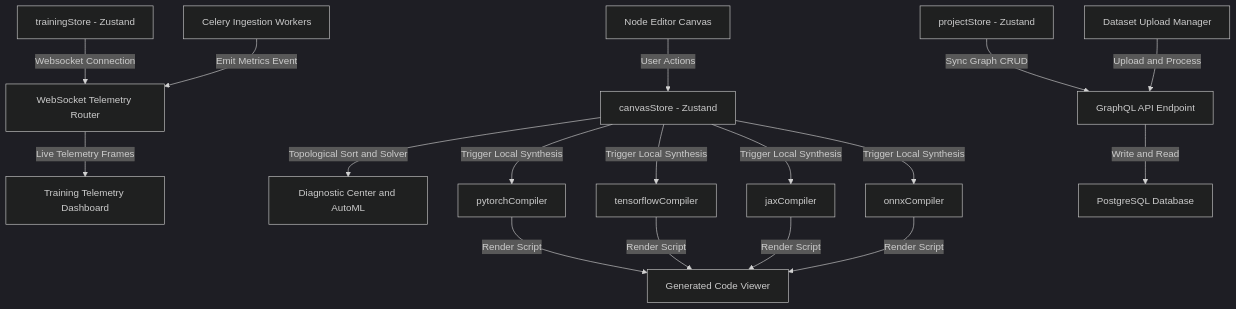
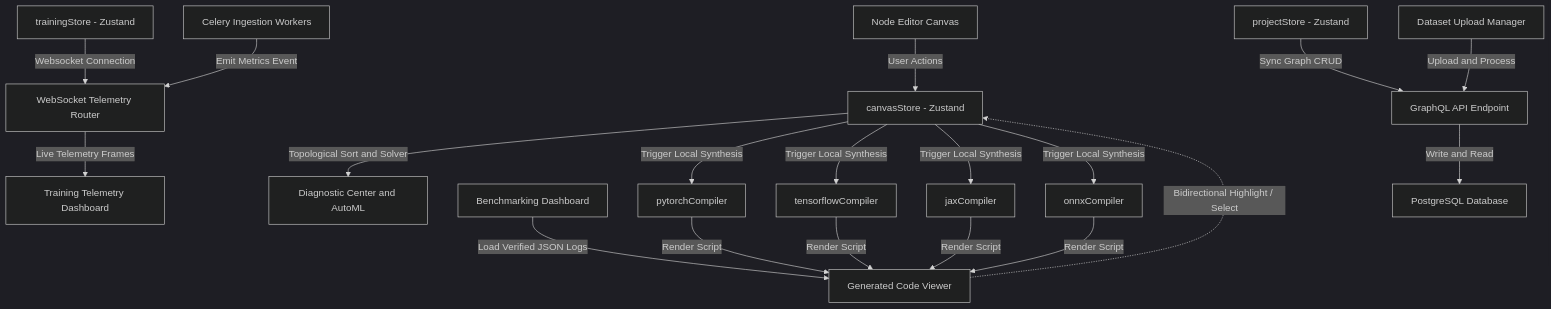
The first of 3 diagrams in README.md (Rinav01/ArchNet_Frontend-), drawn with Mermaid (dark theme) before and after one commit. The commit also changed other lines of this file and 22 other files, not shown here.

Commit message:
feat: implement modular model architecture compiler, shape solver, and performance metrics system

````diff
--- a/README.md
+++ b/README.md
@@ -34,42 +41,46 @@
 ```mermaid
 graph TD
     Canvas["Node Editor Canvas"]
     Sidebar["Diagnostic Center and AutoML"]
     CodeView["Generated Code Viewer"]
     Telemetry["Training Telemetry Dashboard"]
     DatasetMgr["Dataset Upload Manager"]
+    BenchmarkView["Benchmarking Dashboard"]
 
     CanvasStore["canvasStore - Zustand"]
     ProjStore["projectStore - Zustand"]
     TrainingStore["trainingStore - Zustand"]
 
     PyTorchC["pytorchCompiler"]
     TFC["tensorflowCompiler"]
     JaxC["jaxCompiler"]
     ONNXC["onnxCompiler"]
 
     GraphQL["GraphQL API Endpoint"]
     WS["WebSocket Telemetry Router"]
     Celery["Celery Ingestion Workers"]
     DB["PostgreSQL Database"]
 
     Canvas -->|User Actions| CanvasStore
     CanvasStore -->|Topological Sort and Solver| Sidebar
     CanvasStore -->|Trigger Local Synthesis| PyTorchC
     CanvasStore -->|Trigger Local Synthesis| TFC
     CanvasStore -->|Trigger Local Synthesis| JaxC
     CanvasStore -->|Trigger Local Synthesis| ONNXC
     
     PyTorchC -->|Render Script| CodeView
     TFC -->|Render Script| CodeView
     JaxC -->|Render Script| CodeView
     ONNXC -->|Render Script| CodeView
     
     ProjStore -->|Sync Graph CRUD| GraphQL
     GraphQL -->|Write and Read| DB
     DatasetMgr -->|Upload and Process| GraphQL
     
     TrainingStore -->|Websocket Connection| WS
     WS -->|Live Telemetry Frames| Telemetry
     Celery -->|Emit Metrics Event| WS
+
+    CodeView -.->|Bidirectional Highlight / Select| CanvasStore
+    BenchmarkView -->|Load Verified JSON Logs| CodeView
 ```
````
